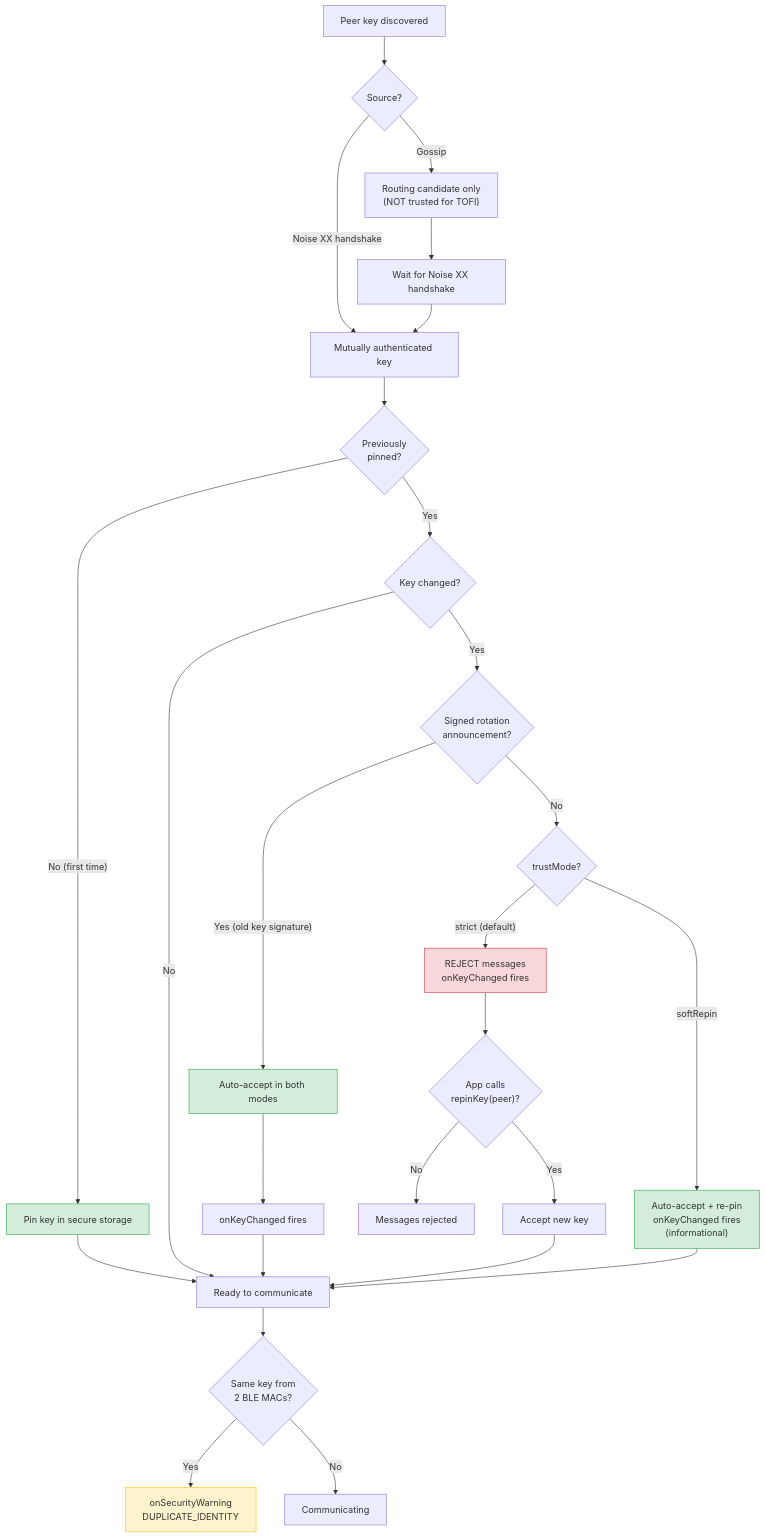
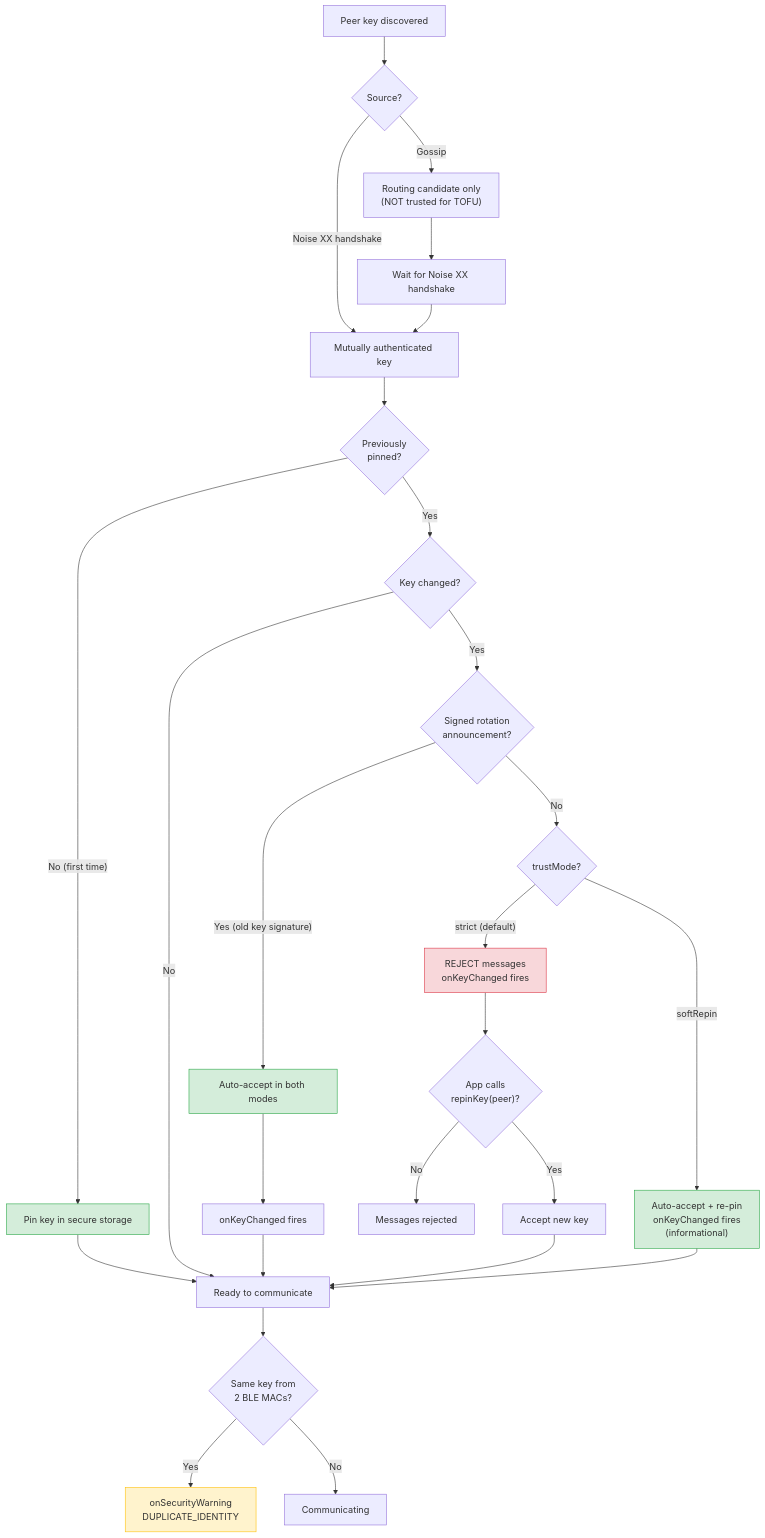
One commit to trancee/MeshLink changed diagram 13 of 14 in docs/diagrams.md. Above: the diagram before and after it, drawn with Mermaid. The commit also changed other lines of this file and 11 other files, not shown here.

First line of the commit message:
refactor: rename TOFI to TOFU (industry-standard, RFC 7435)

````diff
--- a/docs/diagrams.md
+++ b/docs/diagrams.md
@@ -466,45 +466,45 @@
 ```mermaid
 flowchart TD
     Discover["Peer key discovered"] --> Origin{"Source?"}
 
-    Origin -->|"Gossip"| Routing["Routing candidate only\n(NOT trusted for TOFI)"]
+    Origin -->|"Gossip"| Routing["Routing candidate only\n(NOT trusted for TOFU)"]
     Routing --> WaitNoise["Wait for Noise XX handshake"]
 
     Origin -->|"Noise XX handshake"| Authenticated["Mutually authenticated key"]
 
     WaitNoise --> Authenticated
     Authenticated --> Pinned{"Previously\npinned?"}
 
     Pinned -->|"No (first time)"| Pin["Pin key in secure storage"]
     Pin --> Ready["Ready to communicate"]
 
     Pinned -->|"Yes"| Changed{"Key changed?"}
     Changed -->|"No"| Ready
 
     Changed -->|"Yes"| Signed{"Signed rotation\nannouncement?"}
 
     Signed -->|"Yes (old key signature)"| AutoAccept["Auto-accept in both modes"]
     AutoAccept --> Callback1["onKeyChanged fires"]
     Callback1 --> Ready
 
     Signed -->|"No"| Mode{"trustMode?"}
 
     Mode -->|"strict (default)"| Reject["REJECT messages\nonKeyChanged fires"]
     Reject --> AppDecides{"App calls\nrepinKey(peer)?"}
     AppDecides -->|"Yes"| Accept["Accept new key"]
     AppDecides -->|"No"| Blocked["Messages rejected"]
     Accept --> Ready
 
     Mode -->|"softRepin"| SilentRepin["Auto-accept + re-pin\nonKeyChanged fires\n(informational)"]
     SilentRepin --> Ready
 
     Ready --> DupCheck{"Same key from\n2 BLE MACs?"}
     DupCheck -->|"Yes"| Warning["onSecurityWarning\nDUPLICATE_IDENTITY"]
     DupCheck -->|"No"| Safe["Communicating"]
 
     style Pin fill:#d4edda,stroke:#28a745
     style Reject fill:#f8d7da,stroke:#dc3545
     style AutoAccept fill:#d4edda,stroke:#28a745
     style SilentRepin fill:#d4edda,stroke:#28a745
     style Warning fill:#fff3cd,stroke:#ffc107
 ```
````
